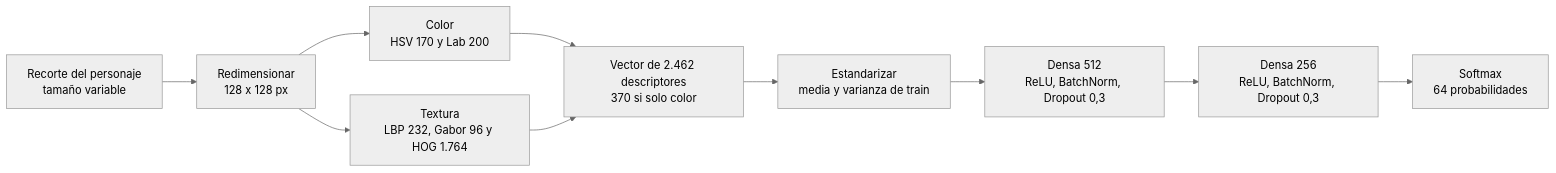
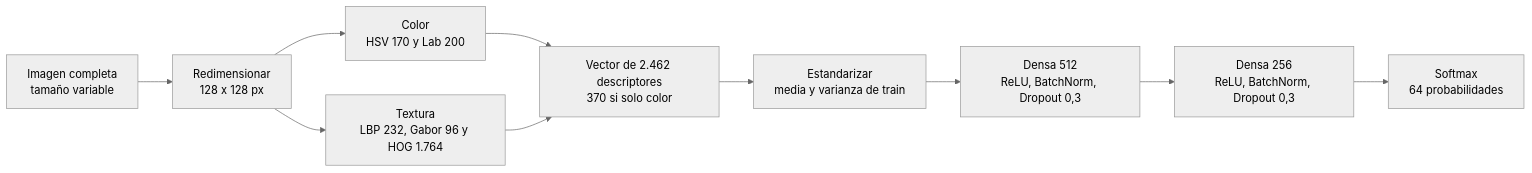
One commit to ByFlopp/LosSimpsons_DeepLearning changed the third of 5 diagrams in README.md. Above: the diagram before and after it, drawn with Mermaid (neutral theme). The commit also changed other lines of this file and 225 other files, not shown here.

````diff
--- a/README.md
+++ b/README.md
@@ -70,12 +85,12 @@
 ```mermaid
 flowchart LR
-    A["Recorte del personaje<br/>tamaño variable"] --> B["Redimensionar<br/>128 x 128 px"]
+    A["Imagen completa<br/>tamaño variable"] --> B["Redimensionar<br/>128 x 128 px"]
     B --> C["Color<br/>HSV 170 y Lab 200"]
     B --> T["Textura<br/>LBP 232, Gabor 96 y HOG 1.764"]
     C --> V["Vector de 2.462 descriptores<br/>370 si solo color"]
     T --> V
     V --> S["Estandarizar<br/>media y varianza de train"]
     S --> D1["Densa 512<br/>ReLU, BatchNorm, Dropout 0,3"]
     D1 --> D2["Densa 256<br/>ReLU, BatchNorm, Dropout 0,3"]
     D2 --> O["Softmax<br/>64 probabilidades"]
 ```
````
